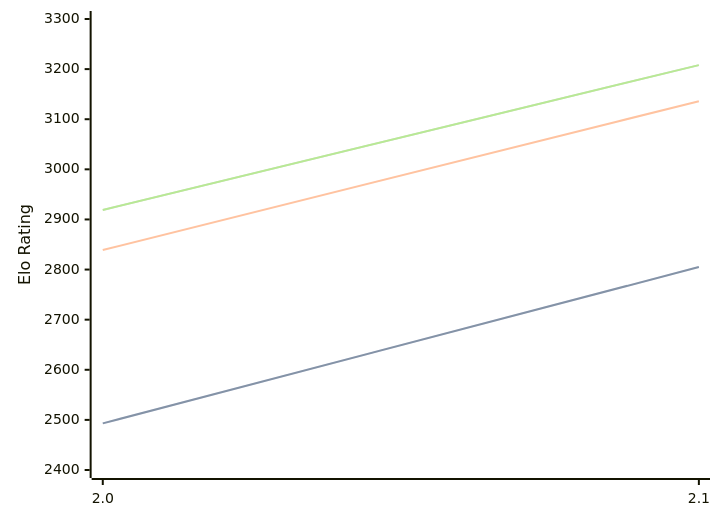
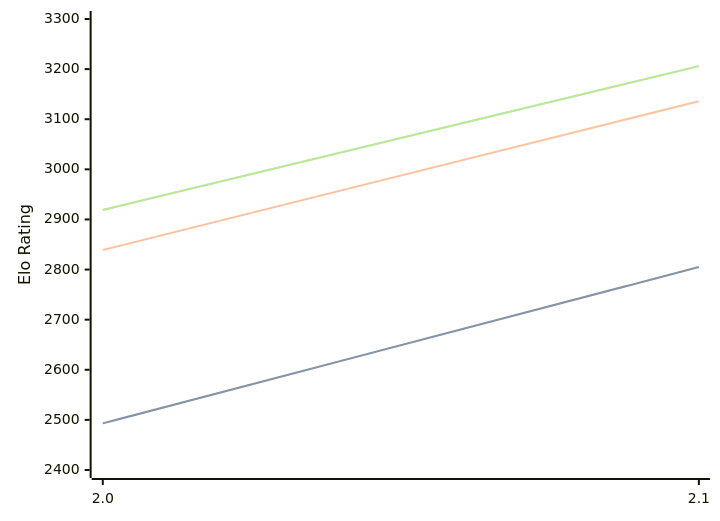
The diagram in engines/Tunguska.md (computer-chess-index/cci), drawn with Mermaid before and after one commit. The commit also changed other lines of this file, not shown here.

Commit message:
Update CCI Ratings (ELO VLTC) - 2026-08-03

````diff
--- a/engines/Tunguska.md
+++ b/engines/Tunguska.md
@@ -32,11 +32,11 @@
 ```mermaid
 %%{init: {"theme":"base","themeVariables":{"seriesColors:['#a3a3a3','#222221','#faa371']}}}%%
 xychart-beta
   x-axis ["2.0", "2.1"]
   y-axis "Elo Rating" 2400 --> 3300
   line "STC (8.0+0.08s)" [2493, 2805]
   line "STC (8.0+0.08s)" [2493, 2805]
   line "LTC (60.0+0.60s)" [2839, 3136]
-  line "VLTC (2m24s+1.12s)" [2919, 3208]
-  line "VLTC (2m24s+1.12s)" [2919, 3208]
+  line "VLTC (2m24s+1.12s)" [2919, 3206]
+  line "VLTC (2m24s+1.12s)" [2919, 3206]
 ```
````
